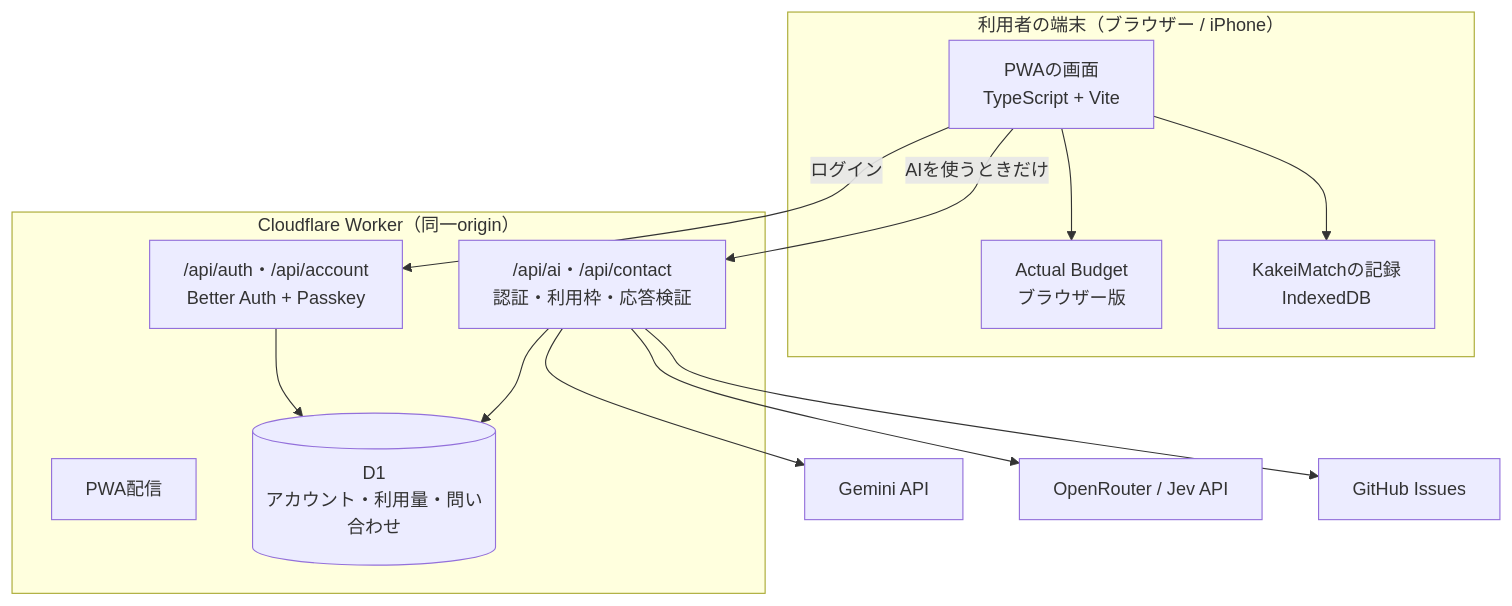
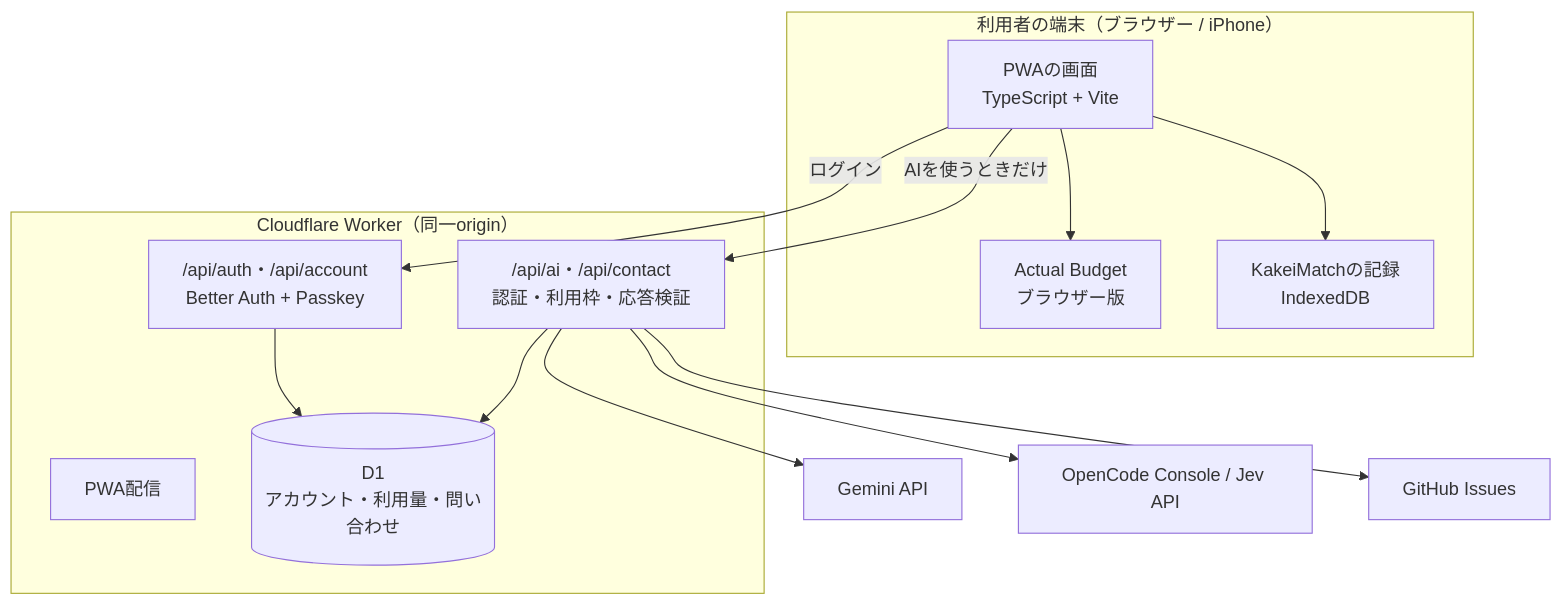
Before and after one commit to RyoyaYahagi/KakeiMatch: the diagram in README.md, drawn with Mermaid. The commit also changed other lines of this file and 19 other files, not shown here.

````diff
--- a/README.md
+++ b/README.md
@@ -107,25 +107,25 @@
 ```mermaid
 flowchart TB
   subgraph Device["利用者の端末（ブラウザー / iPhone）"]
     UI["PWAの画面<br/>TypeScript + Vite"]
     Actual["Actual Budget<br/>ブラウザー版"]
     IDB["KakeiMatchの記録<br/>IndexedDB"]
     UI --> Actual
     UI --> IDB
   end
 
   subgraph CF["Cloudflare Worker（同一origin）"]
     Assets["PWA配信"]
     Auth["/api/auth・/api/account<br/>Better Auth + Passkey"]
     AI["/api/ai・/api/contact<br/>認証・利用枠・応答検証"]
     D1[("D1<br/>アカウント・利用量・問い合わせ")]
     Auth --> D1
     AI --> D1
   end
 
   UI -- "AIを使うときだけ" --> AI
   UI -- "ログイン" --> Auth
   AI --> Gemini["Gemini API"]
-  AI --> Jev["OpenRouter / Jev API"]
+  AI --> Jev["OpenCode Console / Jev API"]
   AI --> GH["GitHub Issues"]
 ```
````
